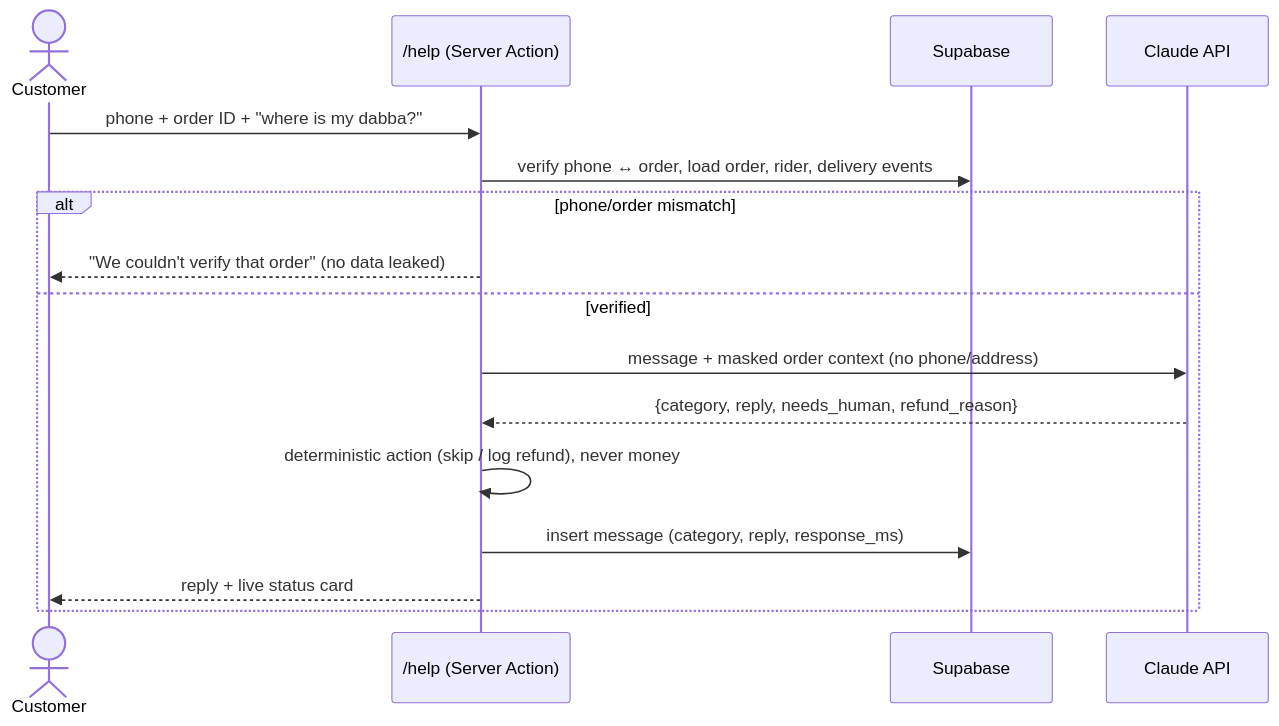
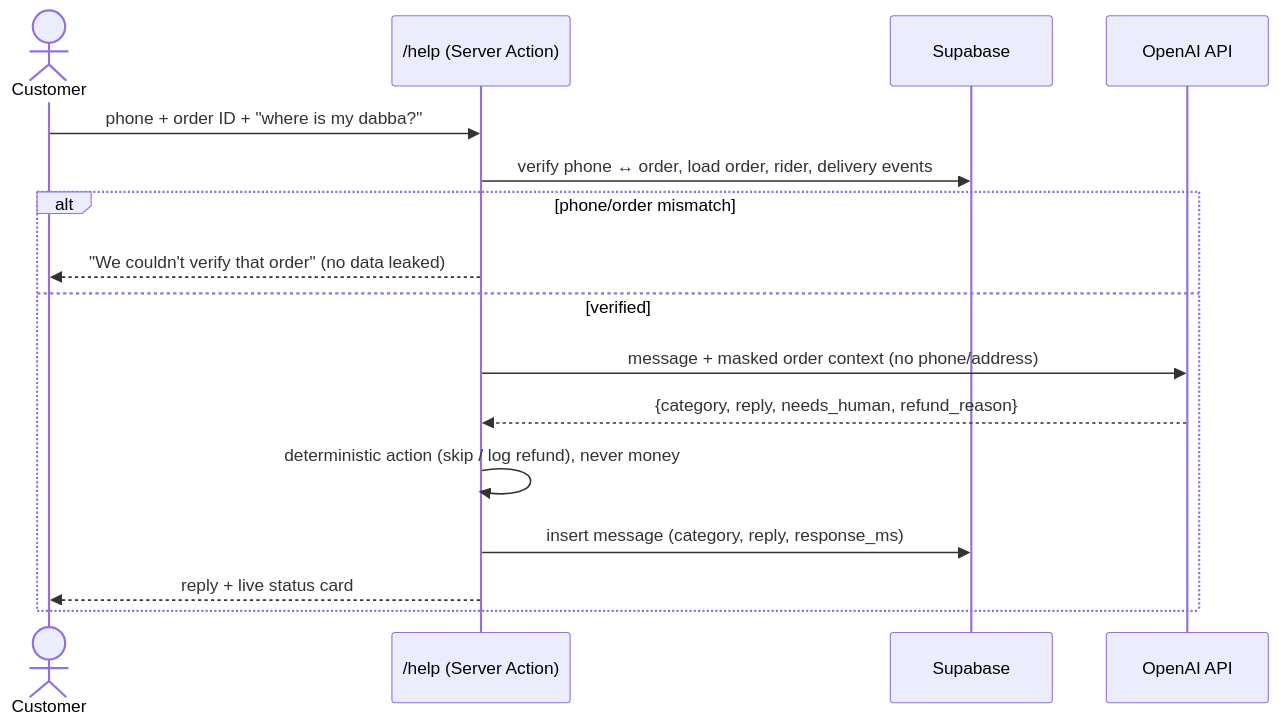
Before and after one commit to jindal-rohit540/dabba-desk-1: the second of 3 diagrams in docs/ARCHITECTURE.md, drawn with Mermaid. The commit also changed other lines of this file and 14 other files, not shown here.

Commit message:
feat: switch triage from Claude API to OpenAI (gpt-5-mini); remove prompt secret hook

````diff
--- a/docs/ARCHITECTURE.md
+++ b/docs/ARCHITECTURE.md
@@ -45,18 +45,18 @@
 ```mermaid
 sequenceDiagram
   actor Cust as Customer
   participant Help as /help (Server Action)
   participant DB as Supabase
-  participant Claude as Claude API
+  participant Claude as OpenAI API
   Cust->>Help: phone + order ID + "where is my dabba?"
   Help->>DB: verify phone ↔ order, load order, rider, delivery events
   alt phone/order mismatch
     Help-->>Cust: "We couldn't verify that order" (no data leaked)
   else verified
     Help->>Claude: message + masked order context (no phone/address)
     Claude-->>Help: {category, reply, needs_human, refund_reason}
     Help->>Help: deterministic action (skip / log refund), never money
     Help->>DB: insert message (category, reply, response_ms)
     Help-->>Cust: reply + live status card
   end
 ```
````
